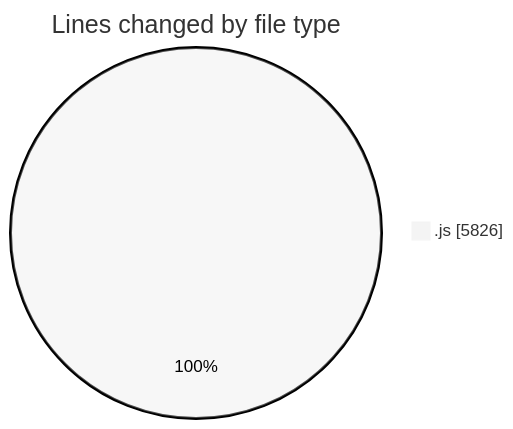
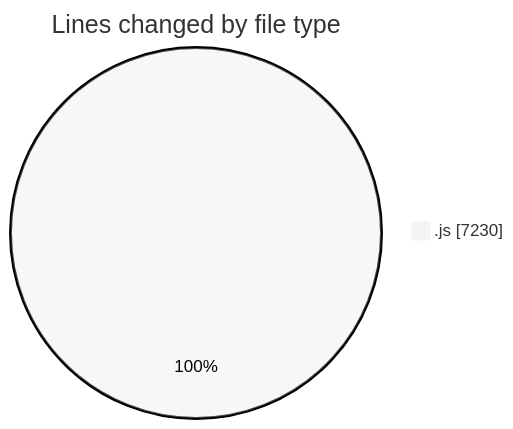
The first of 2 diagrams in 2025-08-11/nxtqube_webapp/README.md (nxtqubesakshisongat/code-tracking), drawn with Mermaid (neutral theme) before and after one commit. The commit also changed other lines of this file and 1 other file, not shown here.

````diff
--- a/2025-08-11/nxtqube_webapp/README.md
+++ b/2025-08-11/nxtqube_webapp/README.md
@@ -21,5 +21,5 @@
 ```mermaid
 pie showData
 title Lines changed by file type
-".js" : 5826
+".js" : 7230
 ```
````
